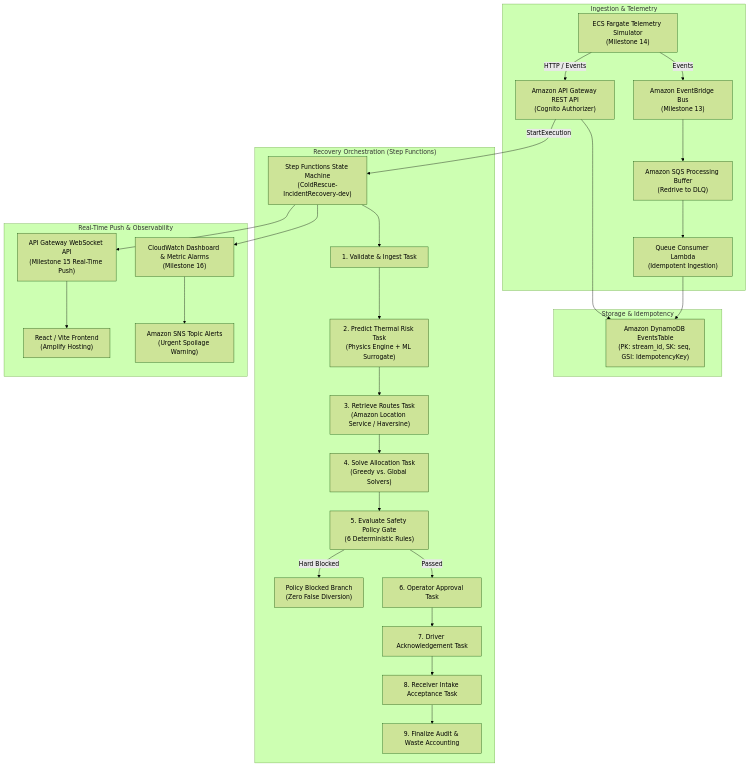
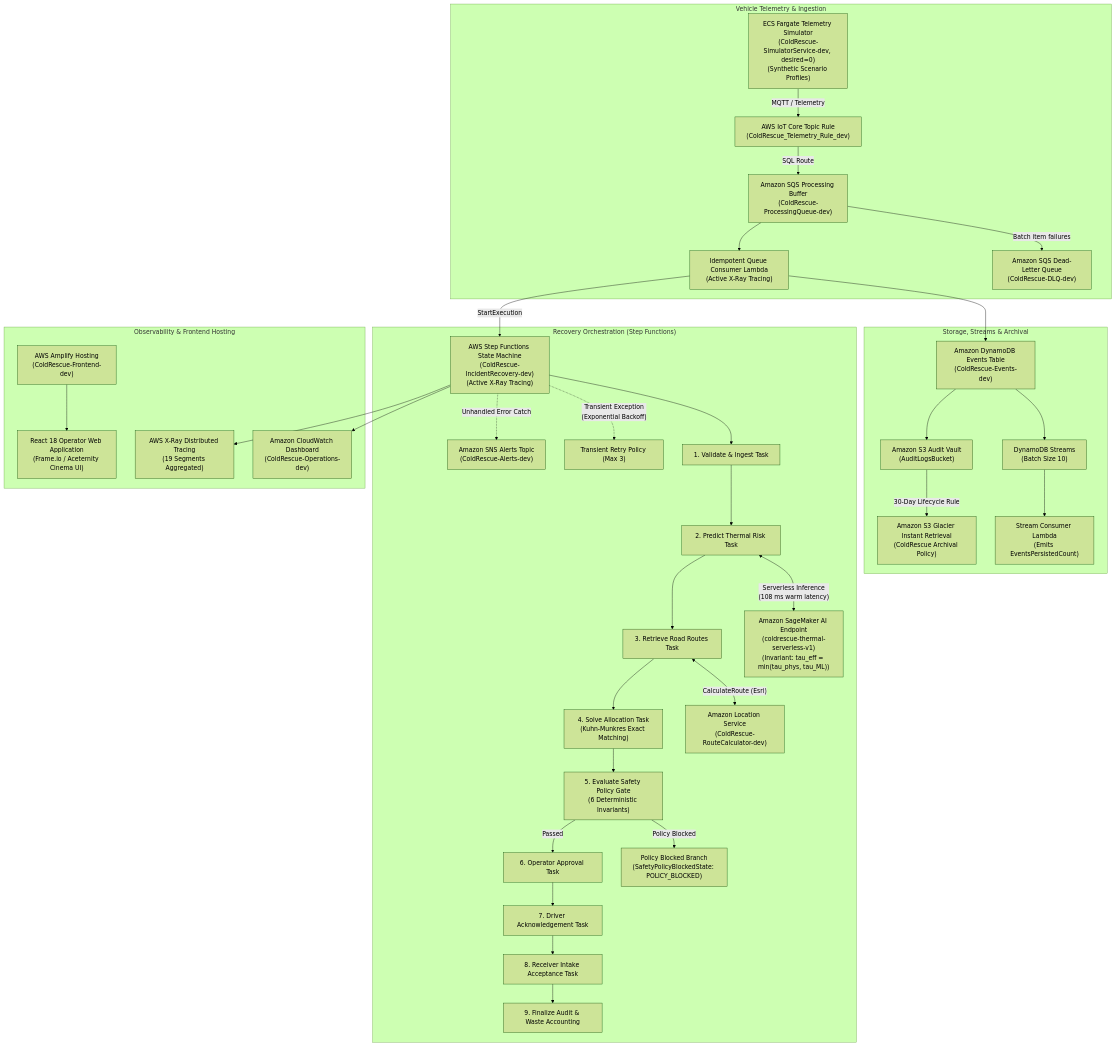
Before and after one commit to sanjay-gttop/ColdRescue: the diagram in README.md, drawn with Mermaid (forest theme). The commit also changed other lines of this file and 51 other files, not shown here.

Commit message:
feat: update ColdRescue V7 implementation

````diff
--- a/README.md
+++ b/README.md
@@ -36,35 +36,41 @@
 ```mermaid
 flowchart TD
-    subgraph "Ingestion & Telemetry"
-        Fargate["ECS Fargate Telemetry Simulator\n(Milestone 14)"] -->|"HTTP / Events"| APIGW["Amazon API Gateway REST API\n(Cognito Authorizer)"]
-        Fargate -->|"Events"| EventBridge["Amazon EventBridge Bus\n(Milestone 13)"]
-        EventBridge --> SQS["Amazon SQS Processing Buffer\n(Redrive to DLQ)"]
-        SQS --> ConsumerLambda["Queue Consumer Lambda\n(Idempotent Ingestion)"]
+    subgraph "Vehicle Telemetry & Ingestion"
+        Fargate["ECS Fargate Telemetry Simulator\n(ColdRescue-SimulatorService-dev, desired=0)\n(Synthetic Scenario Profiles)"] -->|"MQTT / Telemetry"| IoTCore["AWS IoT Core Topic Rule\n(ColdRescue_Telemetry_Rule_dev)"]
+        IoTCore -->|"SQL Route"| SQS["Amazon SQS Processing Buffer\n(ColdRescue-ProcessingQueue-dev)"]
+        SQS -->|"Batch item failures"| DLQ["Amazon SQS Dead-Letter Queue\n(ColdRescue-DLQ-dev)"]
+        SQS --> QueueConsumer["Idempotent Queue Consumer Lambda\n(Active X-Ray Tracing)"]
     end
 
-    subgraph "Storage & Idempotency"
-        ConsumerLambda --> DDB["Amazon DynamoDB EventsTable\n(PK: stream_id, SK: seq, GSI: IdempotencyKey)"]
-        APIGW --> DDB
+    subgraph "Storage, Streams & Archival"
+        QueueConsumer --> DDB["Amazon DynamoDB Events Table\n(ColdRescue-Events-dev)"]
+        DDB --> DDBStream["DynamoDB Streams\n(Batch Size 10)"]
+        DDBStream --> StreamConsumer["Stream Consumer Lambda\n(Emits EventsPersistedCount)"]
+        DDB --> S3["Amazon S3 Audit Vault\n(AuditLogsBucket)"]
+        S3 -->|"30-Day Lifecycle Rule"| Glacier["Amazon S3 Glacier Instant Retrieval\n(ColdRescue Archival Policy)"]
     end
 
     subgraph "Recovery Orchestration (Step Functions)"
-        APIGW -->|"StartExecution"| SFN["Step Functions State Machine\n(ColdRescue-IncidentRecovery-dev)"]
+        QueueConsumer -->|"StartExecution"| SFN["AWS Step Functions State Machine\n(ColdRescue-IncidentRecovery-dev)\n(Active X-Ray Tracing)"]
         SFN --> T1["1. Validate & Ingest Task"]
-        T1 --> T2["2. Predict Thermal Risk Task\n(Physics Engine + ML Surrogate)"]
-        T2 --> T3["3. Retrieve Routes Task\n(Amazon Location Service / Haversine)"]
-        T3 --> T4["4. Solve Allocation Task\n(Greedy vs. Global Solvers)"]
-        T4 --> T5["5. Evaluate Safety Policy Gate\n(6 Deterministic Rules)"]
-        T5 -->|"Hard Blocked"| BranchBlocked["Policy Blocked Branch\n(Zero False Diversion)"]
+        T1 --> T2["2. Predict Thermal Risk Task"]
+        T2 <-->|"Serverless Inference\n(108 ms warm latency)"| SageMaker["Amazon SageMaker AI Endpoint\n(coldrescue-thermal-serverless-v1)\n(Invariant: tau_eff = min(tau_phys, tau_ML))"]
+        T2 --> T3["3. Retrieve Road Routes Task"]
+        T3 <-->|"CalculateRoute (Esri)"| Location["Amazon Location Service\n(ColdRescue-RouteCalculator-dev)"]
+        T3 --> T4["4. Solve Allocation Task\n(Kuhn-Munkres Exact Matching)"]
+        T4 --> T5["5. Evaluate Safety Policy Gate\n(6 Deterministic Invariants)"]
+        T5 -->|"Policy Blocked"| BranchBlocked["Policy Blocked Branch\n(SafetyPolicyBlockedState: POLICY_BLOCKED)"]
         T5 -->|"Passed"| T6["6. Operator Approval Task"]
         T6 --> T7["7. Driver Acknowledgement Task"]
         T7 --> T8["8. Receiver Intake Acceptance Task"]
         T8 --> T9["9. Finalize Audit & Waste Accounting"]
+        SFN -.->|"Transient Exception\n(Exponential Backoff)"| Retries["Transient Retry Policy (Max 3)"]
+        SFN -.->|"Unhandled Error Catch"| SNS["Amazon SNS Alerts Topic\n(ColdRescue-Alerts-dev)"]
     end
 
-    subgraph "Real-Time Push & Observability"
-        SFN --> WS["API Gateway WebSocket API\n(Milestone 15 Real-Time Push)"]
-        WS --> UI["React / Vite Frontend\n(Amplify Hosting)"]
-        SFN --> CW["CloudWatch Dashboard & Metric Alarms\n(Milestone 16)"]
-        CW --> SNS["Amazon SNS Topic Alerts\n(Urgent Spoilage Warning)"]
+    subgraph "Observability & Frontend Hosting"
+        SFN --> CW["Amazon CloudWatch Dashboard\n(ColdRescue-Operations-dev)"]
+        SFN --> XRay["AWS X-Ray Distributed Tracing\n(19 Segments Aggregated)"]
+        Amplify["AWS Amplify Hosting\n(ColdRescue-Frontend-dev)"] --> UI["React 18 Operator Web Application\n(Frame.io / Aceternity Cinema UI)"]
     end
 ```
````
